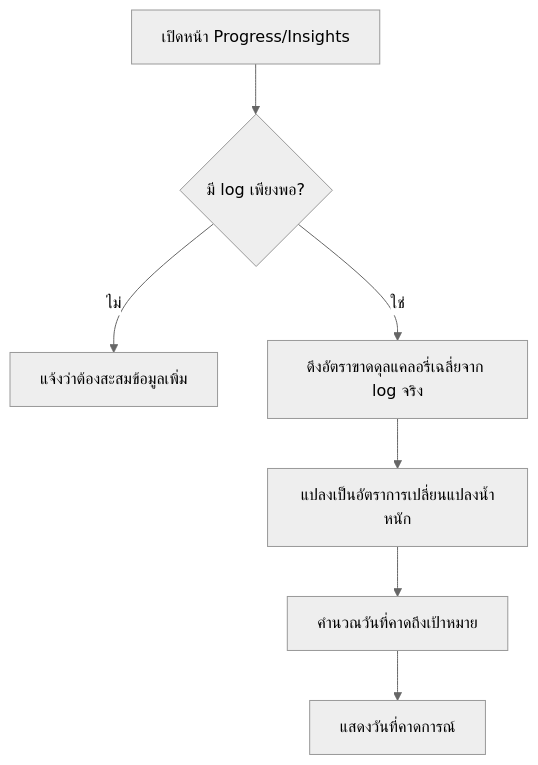
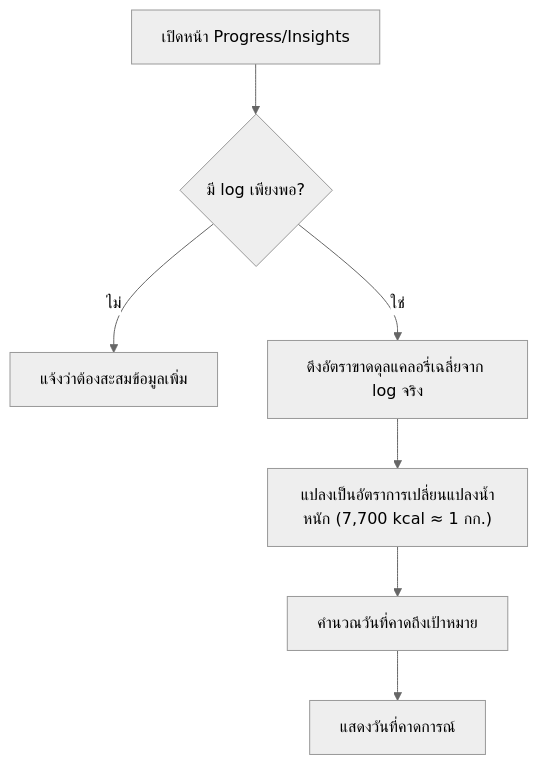
Diagram 12 of 14 in docs/features/user-journeys.md (Kikofah/smartFit_daily), drawn with Mermaid (neutral theme) before and after one commit. The commit also changed other lines of this file and 6 other files, not shown here.

````diff
--- a/docs/features/user-journeys.md
+++ b/docs/features/user-journeys.md
@@ -350,9 +411,9 @@
 ```mermaid
 flowchart TD
     A[เปิดหน้า Progress/Insights] --> B{มี log เพียงพอ?}
     B -- ไม่ --> C[แจ้งว่าต้องสะสมข้อมูลเพิ่ม]
     B -- ใช่ --> D[ดึงอัตราขาดดุลแคลอรี่เฉลี่ยจาก log จริง]
-    D --> E[แปลงเป็นอัตราการเปลี่ยนแปลงน้ำหนัก]
+    D --> E["แปลงเป็นอัตราการเปลี่ยนแปลงน้ำหนัก (7,700 kcal ≈ 1 กก.)"]
     E --> F[คำนวณวันที่คาดถึงเป้าหมาย]
     F --> G[แสดงวันที่คาดการณ์]
 ```
````
